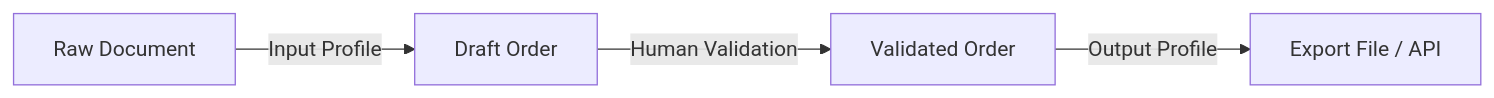
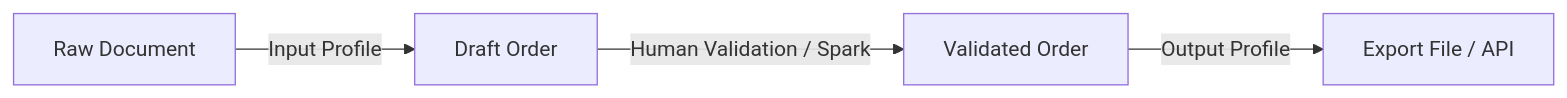
Before and after one commit to alexvcodesphere/ingestry: the third of 6 diagrams in docs/arc42.md, drawn with Mermaid. The commit also changed other lines of this file and 6 other files, not shown here.

````diff
--- a/docs/arc42.md
+++ b/docs/arc42.md
@@ -149,6 +154,6 @@
 ```mermaid
 flowchart LR
     PDF[Raw Document] -->|Input Profile| Draft[Draft Order]
-    Draft -->|Human Validation| Validated[Validated Order]
+    Draft -->|Human Validation / Spark| Validated[Validated Order]
     Validated -->|Output Profile| Export[Export File / API]
 ```
````
